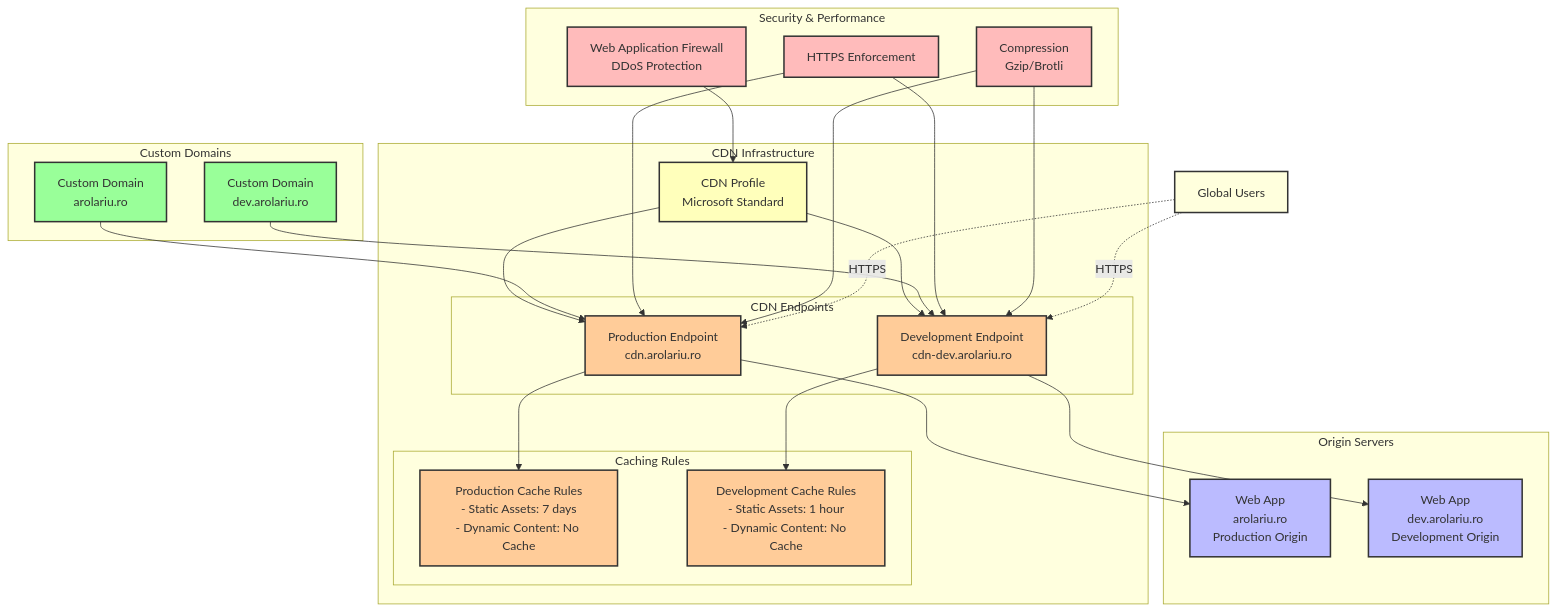
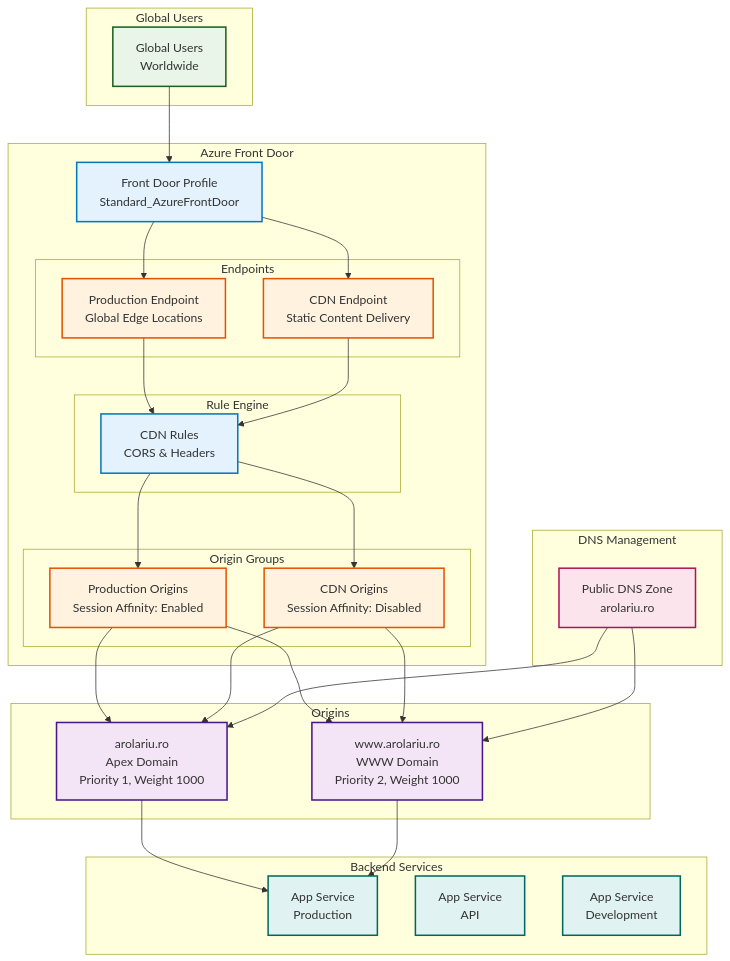
The diagram in infra/Azure/Bicep/network/README.md (arolariu/arolariu.ro), drawn with Mermaid before and after one commit. The commit also changed other lines of this file and 33 other files, not shown here.

````diff
--- a/infra/Azure/Bicep/network/README.md
+++ b/infra/Azure/Bicep/network/README.md
@@ -5,65 +30,74 @@
 ```mermaid
 graph TB
-    subgraph "CDN Infrastructure"
-        PROFILE[CDN Profile<br/>Microsoft Standard]
-        subgraph "CDN Endpoints"
-            EP_PROD[Production Endpoint<br/>cdn.arolariu.ro]
-            EP_DEV[Development Endpoint<br/>cdn-dev.arolariu.ro]
+    subgraph "Global Users"
+        USERS[Global Users<br/>Worldwide]
+    end
+
+    subgraph "Azure Front Door"
+        AFD_PROFILE[Front Door Profile<br/>Standard_AzureFrontDoor]
+
+        subgraph "Endpoints"
+            EP_PROD[Production Endpoint<br/>Global Edge Locations]
+            EP_CDN[CDN Endpoint<br/>Static Content Delivery]
         end
-        subgraph "Caching Rules"
-            CACHE_PROD[Production Cache Rules<br/>- Static Assets: 7 days<br/>- Dynamic Content: No Cache]
-            CACHE_DEV[Development Cache Rules<br/>- Static Assets: 1 hour<br/>- Dynamic Content: No Cache]
+
+        subgraph "Rule Engine"
+            RULES[CDN Rules<br/>CORS & Headers]
+        end
+
+        subgraph "Origin Groups"
+            OG_PROD[Production Origins<br/>Session Affinity: Enabled]
+            OG_CDN[CDN Origins<br/>Session Affinity: Disabled]
         end
     end
 
-    subgraph "Origin Servers"
-        WA_PROD[Web App<br/>arolariu.ro<br/>Production Origin]
-        WA_DEV[Web App<br/>dev.arolariu.ro<br/>Development Origin]
+    subgraph "Origins"
+        APEX[arolariu.ro<br/>Apex Domain<br/>Priority 1, Weight 1000]
+        WWW[www.arolariu.ro<br/>WWW Domain<br/>Priority 2, Weight 1000]
     end
 
-    subgraph "Custom Domains"
-        CD_PROD[Custom Domain<br/>arolariu.ro]
-        CD_DEV[Custom Domain<br/>dev.arolariu.ro]
+    subgraph "DNS Management"
+        DNS_ZONE[Public DNS Zone<br/>arolariu.ro]
     end
 
-    subgraph "Security & Performance"
-        HTTPS[HTTPS Enforcement]
-        COMP[Compression<br/>Gzip/Brotli]
-        WAF[Web Application Firewall<br/>DDoS Protection]
+    subgraph "Backend Services"
+        APP_PROD[App Service<br/>Production]
+        APP_API[App Service<br/>API]
+        APP_DEV[App Service<br/>Development]
     end
 
-    PROFILE --> EP_PROD
-    PROFILE --> EP_DEV
-    
-    EP_PROD --> WA_PROD
-    EP_DEV --> WA_DEV
-    
-    EP_PROD --> CACHE_PROD
-    EP_DEV --> CACHE_DEV
-    
-    CD_PROD --> EP_PROD
-    CD_DEV --> EP_DEV
-    
-    HTTPS --> EP_PROD
-    HTTPS --> EP_DEV
-    COMP --> EP_PROD
-    COMP --> EP_DEV
-    WAF --> PROFILE
+    USERS --> AFD_PROFILE
+    AFD_PROFILE --> EP_PROD
+    AFD_PROFILE --> EP_CDN
 
-    USERS[Global Users] -.->|HTTPS| EP_PROD
-    USERS -.->|HTTPS| EP_DEV
+    EP_PROD --> RULES
+    EP_CDN --> RULES
 
-    classDef cdn fill:#ffb,stroke:#333,stroke-width:2px
-    classDef endpoint fill:#fc9,stroke:#333,stroke-width:2px
-    classDef origin fill:#bbf,stroke:#333,stroke-width:2px
-    classDef domain fill:#9f9,stroke:#333,stroke-width:2px
-    classDef security fill:#fbb,stroke:#333,stroke-width:2px
-    classDef external fill:#ffd,stroke:#333,stroke-width:2px
+    RULES --> OG_PROD
+    RULES --> OG_CDN
 
-    class PROFILE cdn
-    class EP_PROD,EP_DEV,CACHE_PROD,CACHE_DEV endpoint
-    class WA_PROD,WA_DEV origin
-    class CD_PROD,CD_DEV domain
-    class HTTPS,COMP,WAF security
-    class USERS external
+    OG_PROD --> APEX
+    OG_PROD --> WWW
+    OG_CDN --> APEX
+    OG_CDN --> WWW
+
+    APEX --> APP_PROD
+    WWW --> APP_PROD
+
+    DNS_ZONE --> APEX
+    DNS_ZONE --> WWW
+
+    classDef user fill:#e8f5e8,stroke:#1b5e20,stroke-width:2px
+    classDef frontdoor fill:#e3f2fd,stroke:#0277bd,stroke-width:2px
+    classDef endpoint fill:#fff3e0,stroke:#e65100,stroke-width:2px
+    classDef origin fill:#f3e5f5,stroke:#4a148c,stroke-width:2px
+    classDef dns fill:#fce4ec,stroke:#ad1457,stroke-width:2px
+    classDef backend fill:#e0f2f1,stroke:#00695c,stroke-width:2px
+
+    class USERS user
+    class AFD_PROFILE,RULES frontdoor
+    class EP_PROD,EP_CDN,OG_PROD,OG_CDN endpoint
+    class APEX,WWW origin
+    class DNS_ZONE dns
+    class APP_PROD,APP_API,APP_DEV backend
 ```
````
